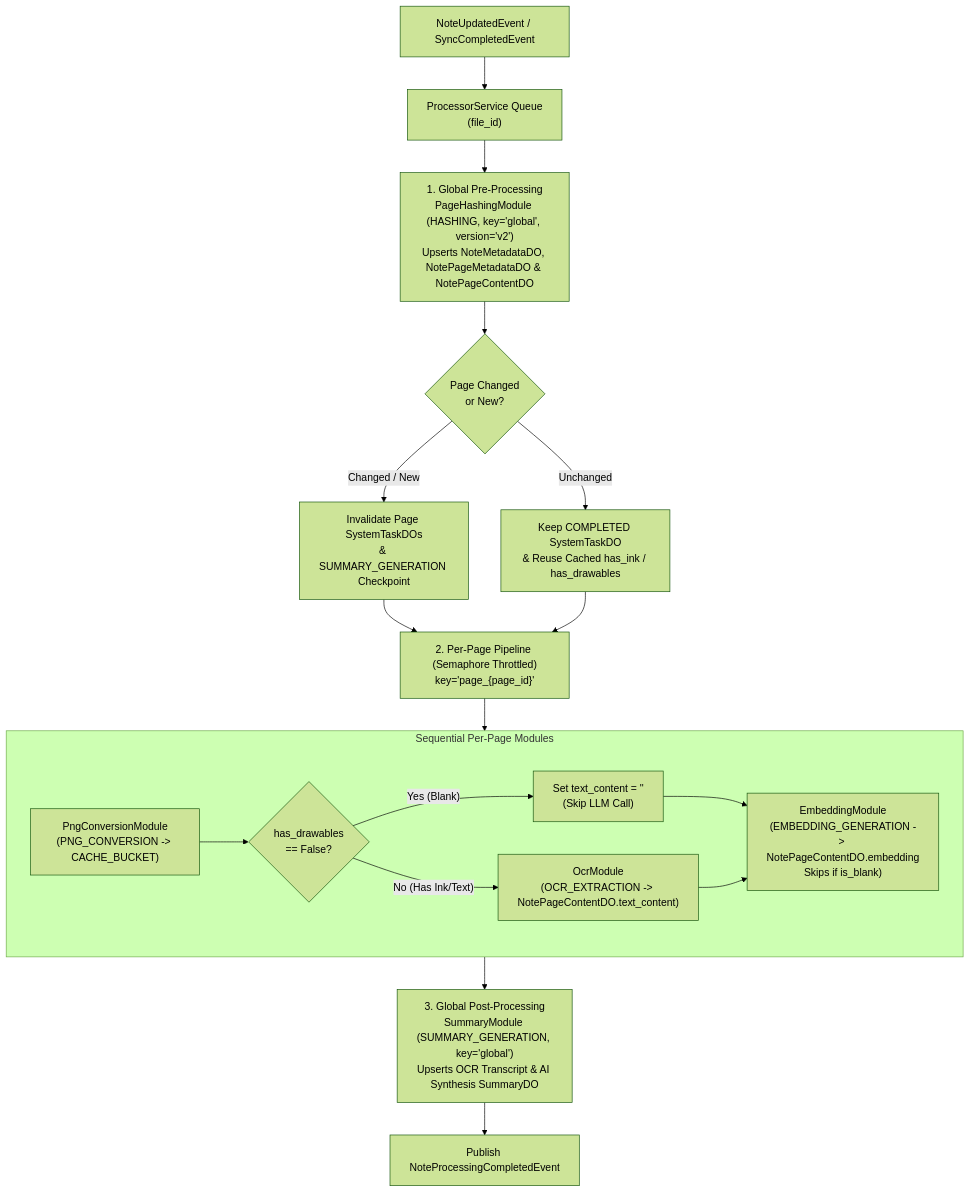
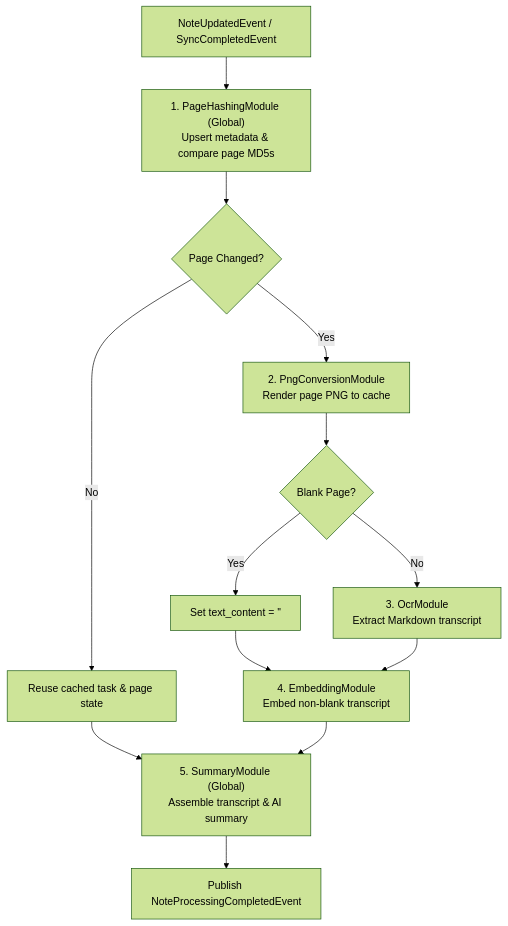
One commit to allenporter/supernote changed the diagram in docs/note_processing_design.md. Above: the diagram before and after it, drawn with Mermaid (forest theme). The commit also changed 7 other files, not shown here.

Commit message:
docs: remove redundant Mermaid diagrams and fix Mermaid 11 line breaks & linkify

````diff
--- a/docs/note_processing_design.md
+++ b/docs/note_processing_design.md
@@ -26,25 +26,15 @@
 ```mermaid
 flowchart TD
-    EVT["NoteUpdatedEvent / SyncCompletedEvent"] --> Q["ProcessorService Queue\n(file_id)"]
-    Q --> PRE["1. Global Pre-Processing\nPageHashingModule (HASHING, key='global', version='v2')\nUpserts NoteMetadataDO, NotePageMetadataDO & NotePageContentDO"]
-    PRE --> DIFF{"Page Changed\nor New?"}
-    DIFF -- "Unchanged" --> SKIP["Keep COMPLETED SystemTaskDO\n& Reuse Cached has_ink / has_drawables"]
-    DIFF -- "Changed / New" --> INV["Invalidate Page SystemTaskDOs\n& SUMMARY_GENERATION Checkpoint"]
-    INV --> PAGE_PAR["2. Per-Page Pipeline (Semaphore Throttled)\nkey='page_{page_id}'"]
-    SKIP --> PAGE_PAR
-
-    subgraph PageStage["Sequential Per-Page Modules"]
-        PNG["PngConversionModule\n(PNG_CONVERSION -> CACHE_BUCKET)"]
-        BLANK{"has_drawables\n== False?"}
-        OCR_SKIP["Set text_content = ''\n(Skip LLM Call)"]
-        OCR["OcrModule\n(OCR_EXTRACTION -> NotePageContentDO.text_content)"]
-        EMB["EmbeddingModule\n(EMBEDDING_GENERATION -> NotePageContentDO.embedding\nSkips if is_blank)"]
-        PNG --> BLANK
-        BLANK -- "Yes (Blank)" --> OCR_SKIP --> EMB
-        BLANK -- "No (Has Ink/Text)" --> OCR --> EMB
-    end
-
-    PAGE_PAR --> PageStage
-    PageStage --> POST["3. Global Post-Processing\nSummaryModule (SUMMARY_GENERATION, key='global')\nUpserts OCR Transcript & AI Synthesis SummaryDO"]
+    EVT["NoteUpdatedEvent / SyncCompletedEvent"] --> PRE["1. PageHashingModule (Global)<br/>Upsert metadata & compare page MD5s"]
+    PRE --> DIFF{"Page Changed?"}
+    DIFF -- "No" --> REUSE["Reuse cached task & page state"]
+    DIFF -- "Yes" --> PNG["2. PngConversionModule<br/>Render page PNG to cache"]
+    PNG --> BLANK{"Blank Page?"}
+    BLANK -- "Yes" --> SKIP_OCR["Set text_content = ''"]
+    BLANK -- "No" --> OCR["3. OcrModule<br/>Extract Markdown transcript"]
+    SKIP_OCR --> EMB["4. EmbeddingModule<br/>Embed non-blank transcript"]
+    OCR --> EMB
+    REUSE --> POST["5. SummaryModule (Global)<br/>Assemble transcript & AI summary"]
+    EMB --> POST
     POST --> DONE["Publish NoteProcessingCompletedEvent"]
 ```
````
